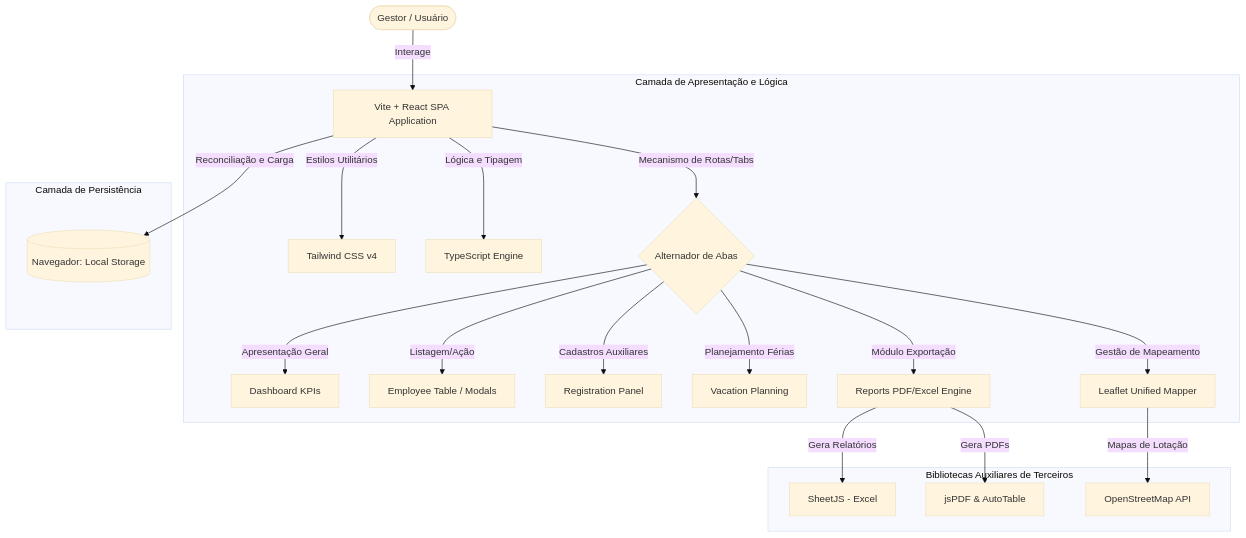
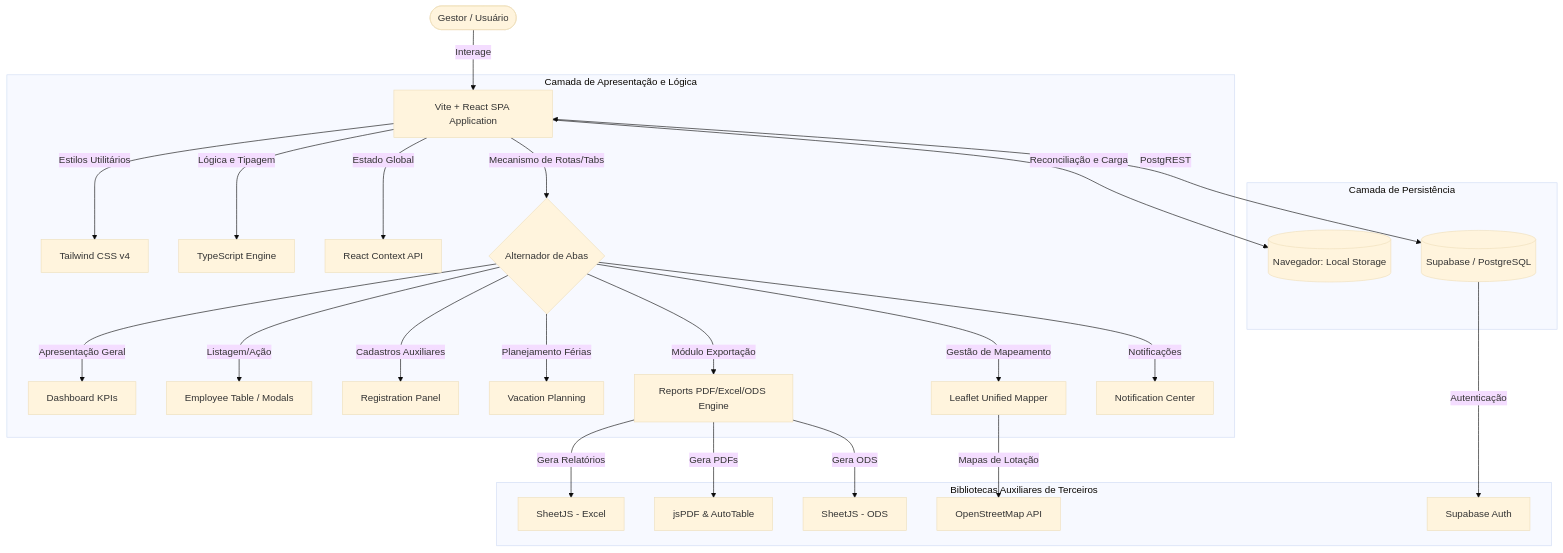
Before and after one commit to KingReh/compesa_sit: the diagram in README.md, drawn with Mermaid (base theme). The commit also changed other lines of this file, not shown here.

````diff
--- a/README.md
+++ b/README.md
@@ -99,27 +127,32 @@
 ```mermaid
 graph TD
     User([Gestor / Usuário]) -->|Interage| SPA[Vite + React SPA Application]
     
     subgraph Frontend_App [Camada de Apresentação e Lógica]
         SPA -->|Estilos Utilitários| TW[Tailwind CSS v4]
         SPA -->|Lógica e Tipagem| TS[TypeScript Engine]
+        SPA -->|Estado Global| CTX[React Context API]
         SPA -->|Mecanismo de Rotas/Tabs| Views{Alternador de Abas}
         
         Views -->|Apresentação Geral| D[Dashboard KPIs]
         Views -->|Listagem/Ação| ET[Employee Table / Modals]
         Views -->|Cadastros Auxiliares| RP[Registration Panel]
         Views -->|Planejamento Férias| VP[Vacation Planning]
         Views -->|Gestão de Mapeamento| MAP[Leaflet Unified Mapper]
-        Views -->|Módulo Exportação| REP[Reports PDF/Excel Engine]
+        Views -->|Módulo Exportação| REP[Reports PDF/Excel/ODS Engine]
+        Views -->|Notificações| NC[Notification Center]
     end
 
     subgraph Data_Storage [Camada de Persistência]
         SPA -->|Reconciliação e Carga| LS[(Navegador: Local Storage)]
+        SPA <-->|PostgREST| SB[(Supabase / PostgreSQL)]
     end
 
     subgraph External_Services [Bibliotecas Auxiliares de Terceiros]
          REP -->|Gera Relatórios| XLS[SheetJS - Excel]
          REP -->|Gera PDFs| PDF[jsPDF & AutoTable]
+         REP -->|Gera ODS| ODS[SheetJS - ODS]
          MAP -->|Mapas de Lotação| OSM[OpenStreetMap API]
+         SB -->|Autenticação| AUTH[Supabase Auth]
     end
 ```
````
